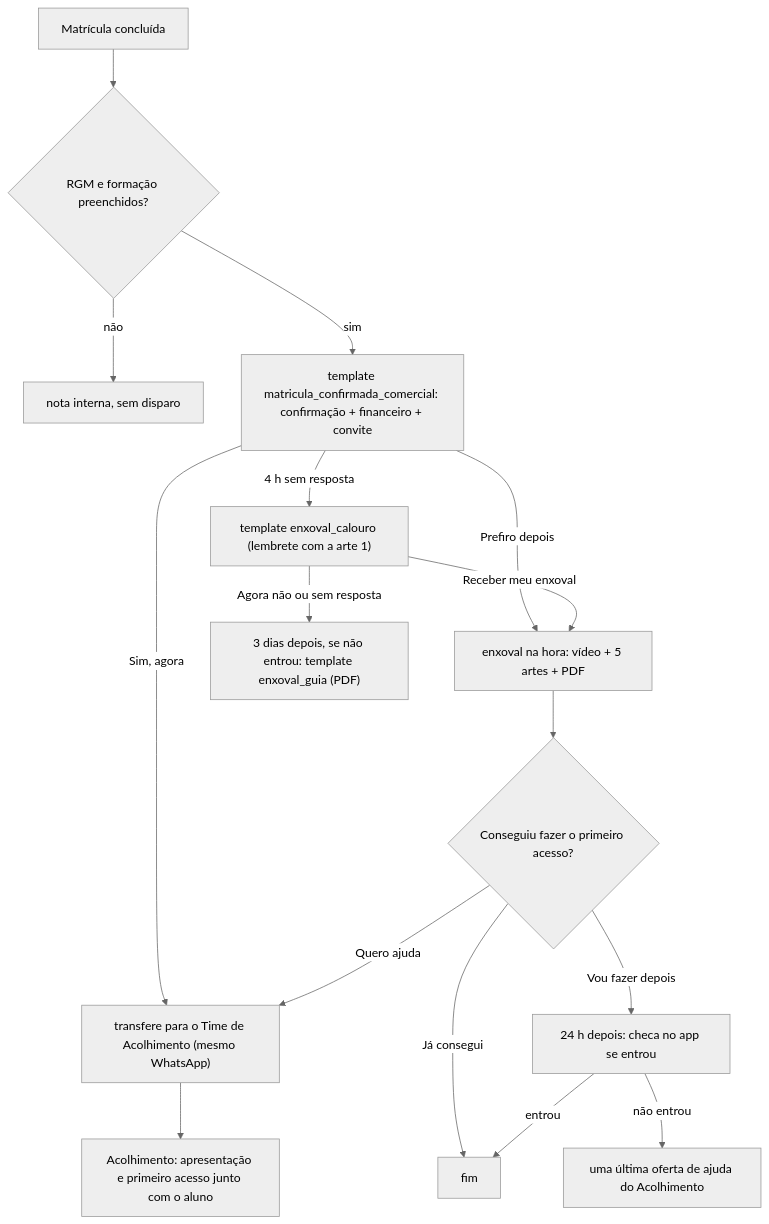
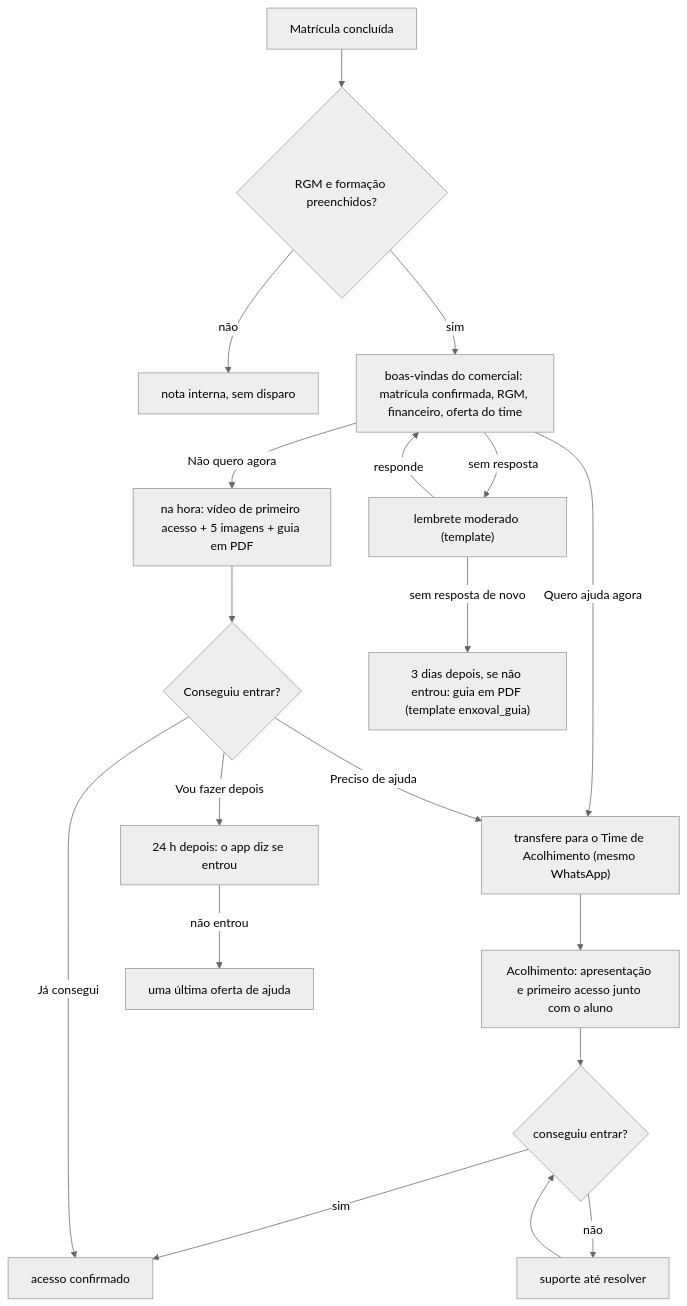
One commit to caiovpinheiro/app_alunos changed the diagram in docs/proposta-regua-comercial.md. Above: the diagram before and after it, drawn with Mermaid (neutral theme). The commit also changed other lines of this file and 15 other files, not shown here.

First line of the commit message:
Enxoval sem a palavra para o aluno e proposta pela régua do comercial

````diff
--- a/docs/proposta-regua-comercial.md
+++ b/docs/proposta-regua-comercial.md
@@ -22,18 +14,20 @@
 ```mermaid
 flowchart TD
   V["Matrícula concluída"] --> VAL{"RGM e formação preenchidos?"}
   VAL -- não --> P["nota interna, sem disparo"]
-  VAL -- sim --> T["template matricula_confirmada_comercial: confirmação + financeiro + convite"]
-  T -- "Sim, agora" --> H["transfere para o Time de Acolhimento (mesmo WhatsApp)"]
-  T -- "Prefiro depois" --> E["enxoval na hora: vídeo + 5 artes + PDF"]
-  T -- "4 h sem resposta" --> L["template enxoval_calouro (lembrete com a arte 1)"]
-  L -- "Receber meu enxoval" --> E
-  L -- "Agora não ou sem resposta" --> G["3 dias depois, se não entrou: template enxoval_guia (PDF)"]
-  E --> Q{"Conseguiu fazer o primeiro acesso?"}
-  Q -- "Já consegui" --> FIM["fim"]
-  Q -- "Quero ajuda" --> H
-  Q -- "Vou fazer depois" --> C["24 h depois: checa no app se entrou"]
-  C -- "não entrou" --> O["uma última oferta de ajuda do Acolhimento"]
-  C -- "entrou" --> FIM
+  VAL -- sim --> T["boas-vindas do comercial: matrícula confirmada, RGM, financeiro, oferta do time"]
+  T -- "Quero ajuda agora" --> H["transfere para o Time de Acolhimento (mesmo WhatsApp)"]
   H --> A["Acolhimento: apresentação e primeiro acesso junto com o aluno"]
+  A --> CK{"conseguiu entrar?"}
+  CK -- sim --> OK["acesso confirmado"]
+  CK -- não --> S["suporte até resolver"] --> CK
+  T -- "Não quero agora" --> G["na hora: vídeo de primeiro acesso + 5 imagens + guia em PDF"]
+  G --> Q{"Conseguiu entrar?"}
+  Q -- "Já consegui" --> OK
+  Q -- "Preciso de ajuda" --> H
+  Q -- "Vou fazer depois" --> C["24 h depois: o app diz se entrou"]
+  C -- "não entrou" --> O["uma última oferta de ajuda"]
+  T -- "sem resposta" --> L["lembrete moderado (template)"]
+  L -- responde --> T
+  L -- "sem resposta de novo" --> GP["3 dias depois, se não entrou: guia em PDF (template enxoval_guia)"]
 ```
````
